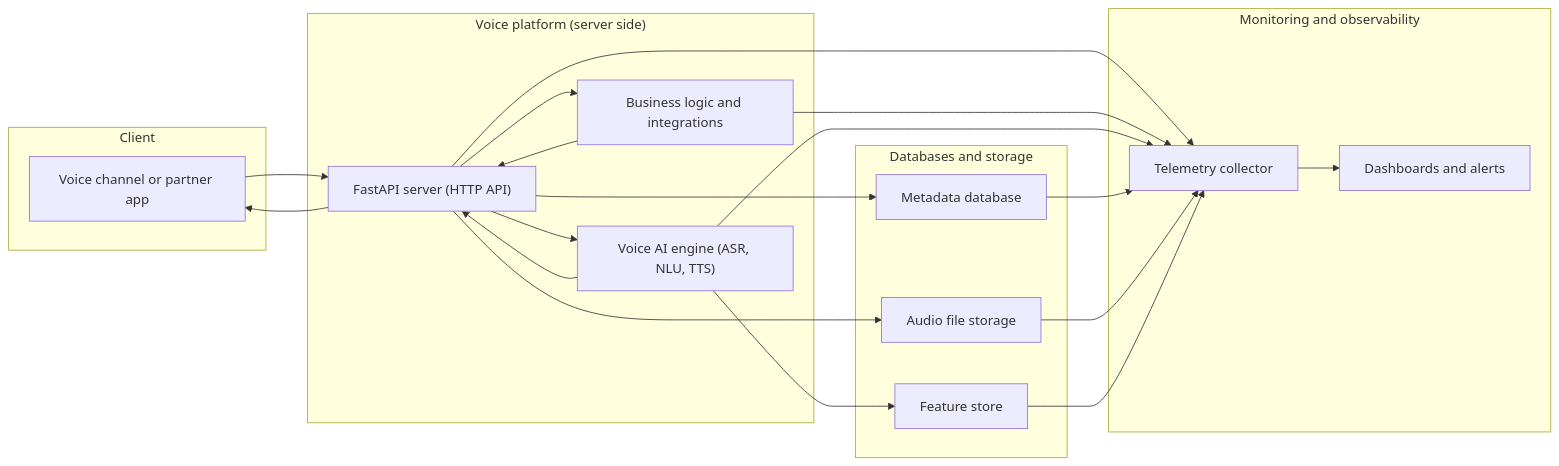
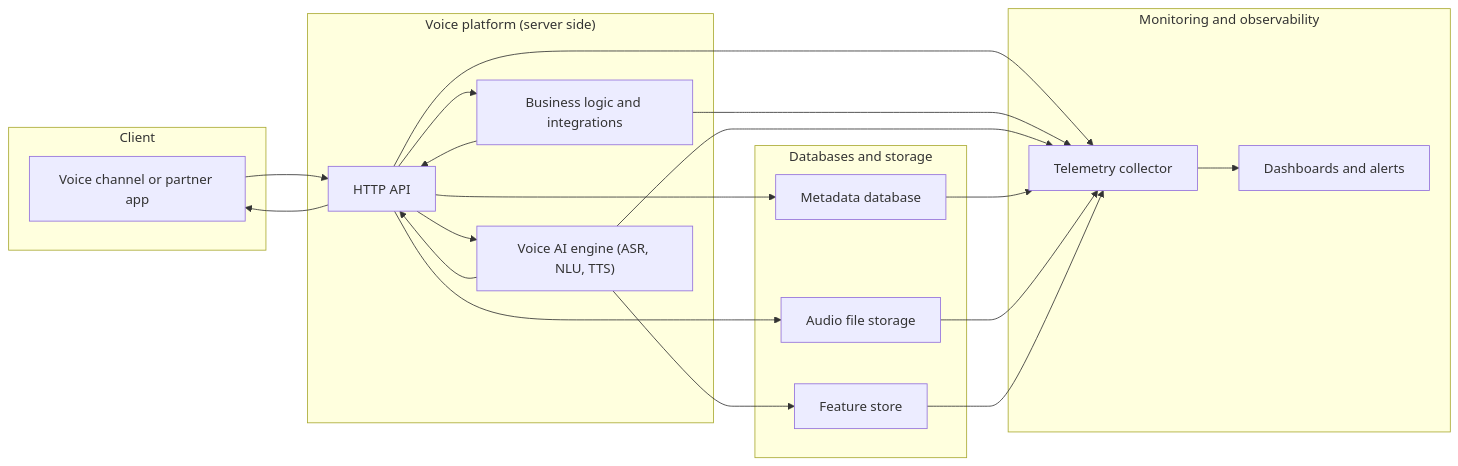
Before and after one commit to annaholtkamp-ach/Software-Engineering-Basic: the first of 8 diagrams in README.md, drawn with Mermaid.

````diff
--- a/README.md
+++ b/README.md
@@ -4,53 +4,53 @@
 ```mermaid
 flowchart LR
 
   %% Client layer
   subgraph Client["Client"]
     voiceApp["Voice channel or partner app"]
   end
 
   %% Server layer
   subgraph Server["Voice platform (server side)"]
-    api["FastAPI server (HTTP API)"]
+    api["HTTP API"]
     logic["Business logic and integrations"]
     voiceAI["Voice AI engine (ASR, NLU, TTS)"]
   end
 
   %% Data layer
   subgraph Data["Databases and storage"]
     metaDB["Metadata database"]
     audioStore["Audio file storage"]
     featureStore["Feature store"]
   end
 
   %% Observability layer
   subgraph Observability["Monitoring and observability"]
     telemetry["Telemetry collector"]
     dashboards["Dashboards and alerts"]
   end
 
   telemetry --> dashboards
 
   %% Client to server
   voiceApp --> api
   api --> voiceApp
 
   %% Inside server
   api --> logic
   api --> voiceAI
   logic --> api
   voiceAI --> api
 
   %% Server to data
   api --> metaDB
   api --> audioStore
   voiceAI --> featureStore
 
   %% Telemetry from server and data
   api --> telemetry
   logic --> telemetry
   voiceAI --> telemetry
   metaDB --> telemetry
   audioStore --> telemetry
   featureStore --> telemetry
 ```  
````
